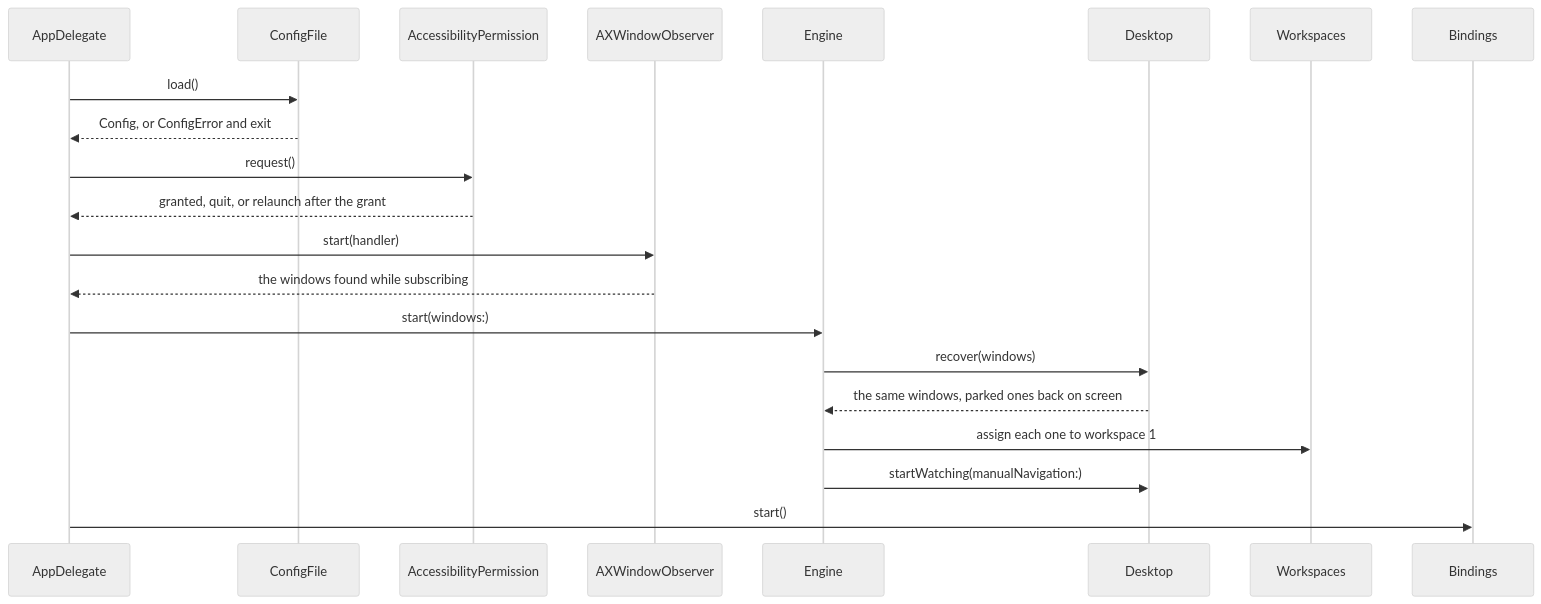
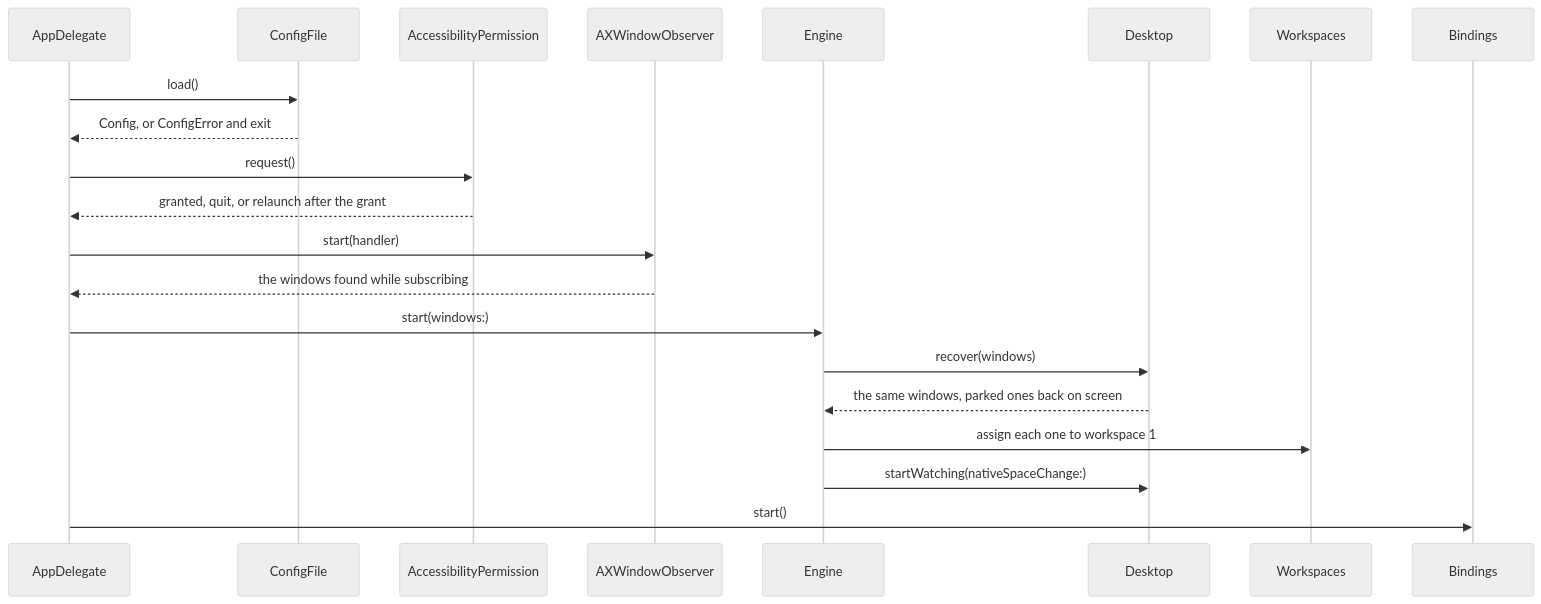
One commit to brennovich/ottowm changed the seventh of 17 diagrams in ARCHITECTURE.md. Above: the diagram before and after it, drawn with Mermaid (neutral theme). The commit also changed other lines of this file and 23 other files, not shown here.

````diff
--- a/ARCHITECTURE.md
+++ b/ARCHITECTURE.md
@@ -153,15 +157,15 @@
 ```mermaid
 sequenceDiagram
     AppDelegate->>ConfigFile: load()
     ConfigFile-->>AppDelegate: Config, or ConfigError and exit
     AppDelegate->>AccessibilityPermission: request()
     AccessibilityPermission-->>AppDelegate: granted, quit, or relaunch after the grant
     AppDelegate->>AXWindowObserver: start(handler)
     AXWindowObserver-->>AppDelegate: the windows found while subscribing
     AppDelegate->>Engine: start(windows:)
     Engine->>Desktop: recover(windows)
     Desktop-->>Engine: the same windows, parked ones back on screen
     Engine->>Workspaces: assign each one to workspace 1
-    Engine->>Desktop: startWatching(manualNavigation:)
+    Engine->>Desktop: startWatching(nativeSpaceChange:)
     AppDelegate->>Bindings: start()
 ```
````
